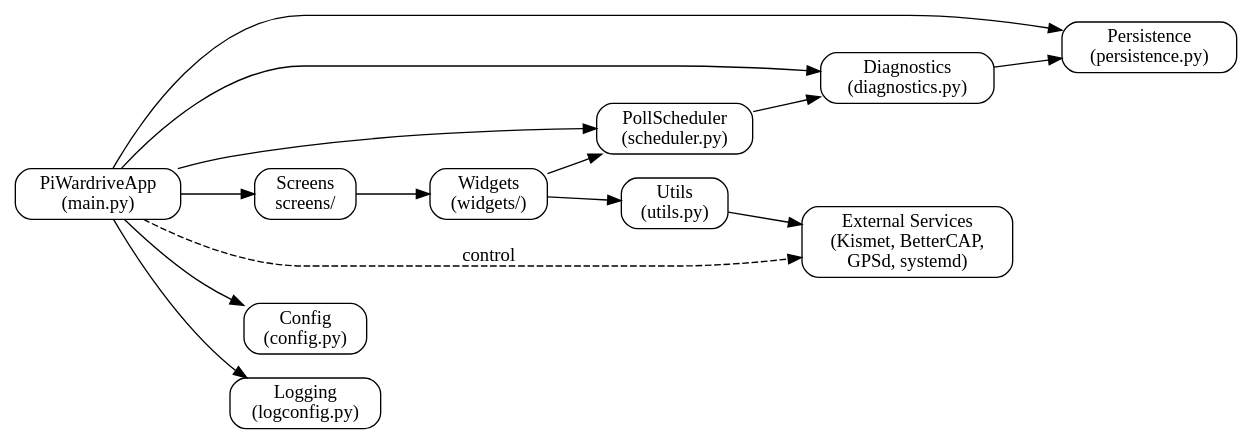
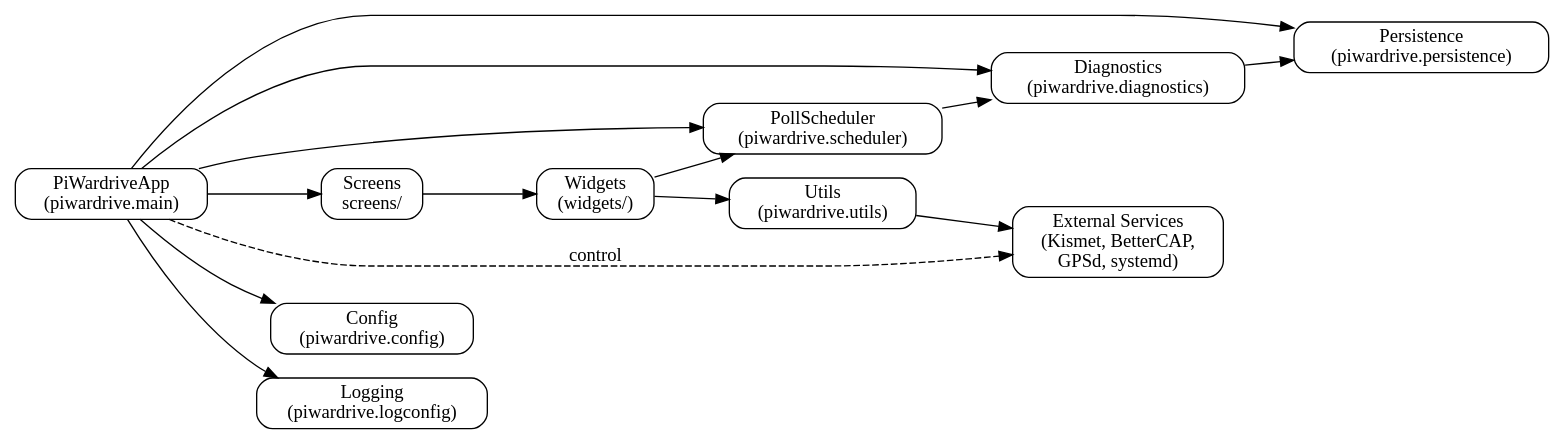
The diagram in docs/architecture.rst (Trashytalk/piwardrive), drawn with Graphviz before and after one commit. The commit also changed other lines of this file and 121 other files, not shown here.

```diff
--- a/docs/architecture.rst
+++ b/docs/architecture.rst
@@ -10,31 +10,31 @@
 .. graphviz::
 
    digraph architecture {
        rankdir=LR;
        node [shape=box, style=rounded];
 
-       App [label="PiWardriveApp\n(main.py)"];
-       Scheduler [label="PollScheduler\n(scheduler.py)"];
-       Diagnostics [label="Diagnostics\n(diagnostics.py)"];
-       Persistence [label="Persistence\n(persistence.py)"];
-       Config [label="Config\n(config.py)"];
+       App [label="PiWardriveApp\n(piwardrive.main)"];
+       Scheduler [label="PollScheduler\n(piwardrive.scheduler)"];
+       Diagnostics [label="Diagnostics\n(piwardrive.diagnostics)"];
+       Persistence [label="Persistence\n(piwardrive.persistence)"];
+       Config [label="Config\n(piwardrive.config)"];
        Widgets [label="Widgets\n(widgets/)"];
        Screens [label="Screens\nscreens/"];
-       Utils [label="Utils\n(utils.py)"];
-       Logging [label="Logging\n(logconfig.py)"];
+       Utils [label="Utils\n(piwardrive.utils)"];
+       Logging [label="Logging\n(piwardrive.logconfig)"];
        External [label="External Services\n(Kismet, BetterCAP,\nGPSd, systemd)"];
 
        App -> Scheduler;
        App -> Diagnostics;
        App -> Config;
        App -> Persistence;
        App -> Screens;
        Screens -> Widgets;
        Widgets -> Scheduler;
        Widgets -> Utils;
        Diagnostics -> Persistence;
        Scheduler -> Diagnostics;
        Utils -> External;
        App -> Logging;
    App -> External [style=dashed, label="control"];
    }
```
